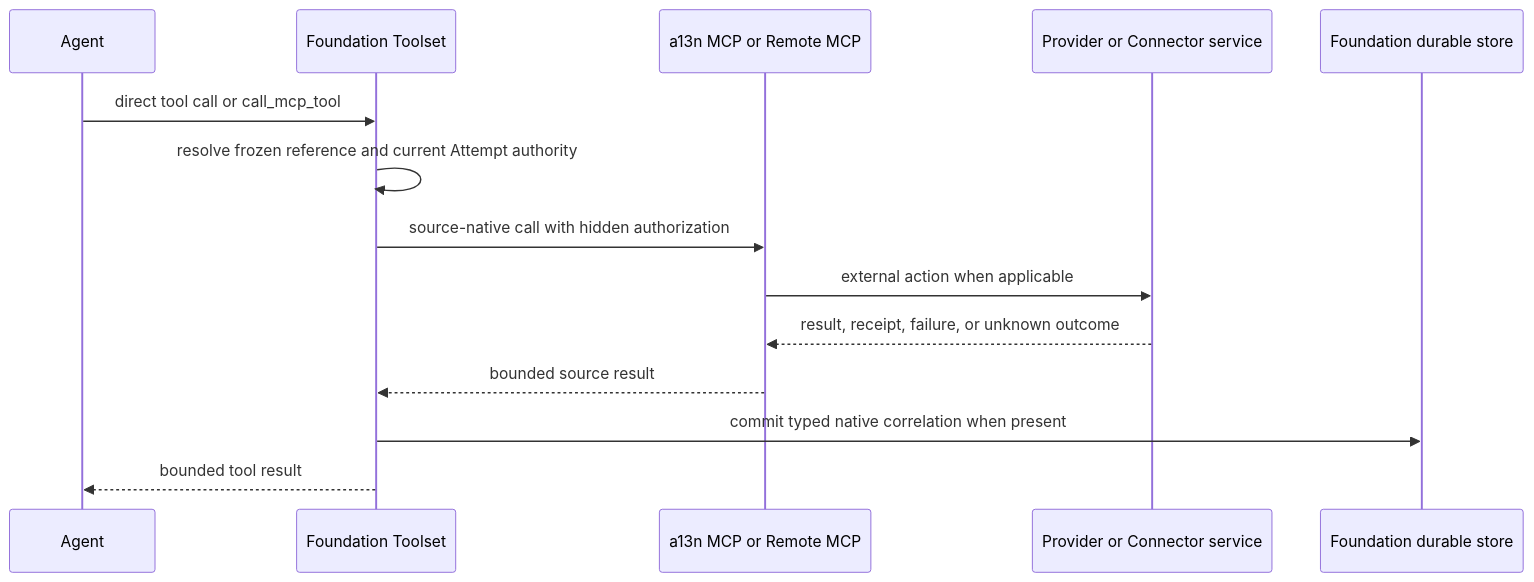
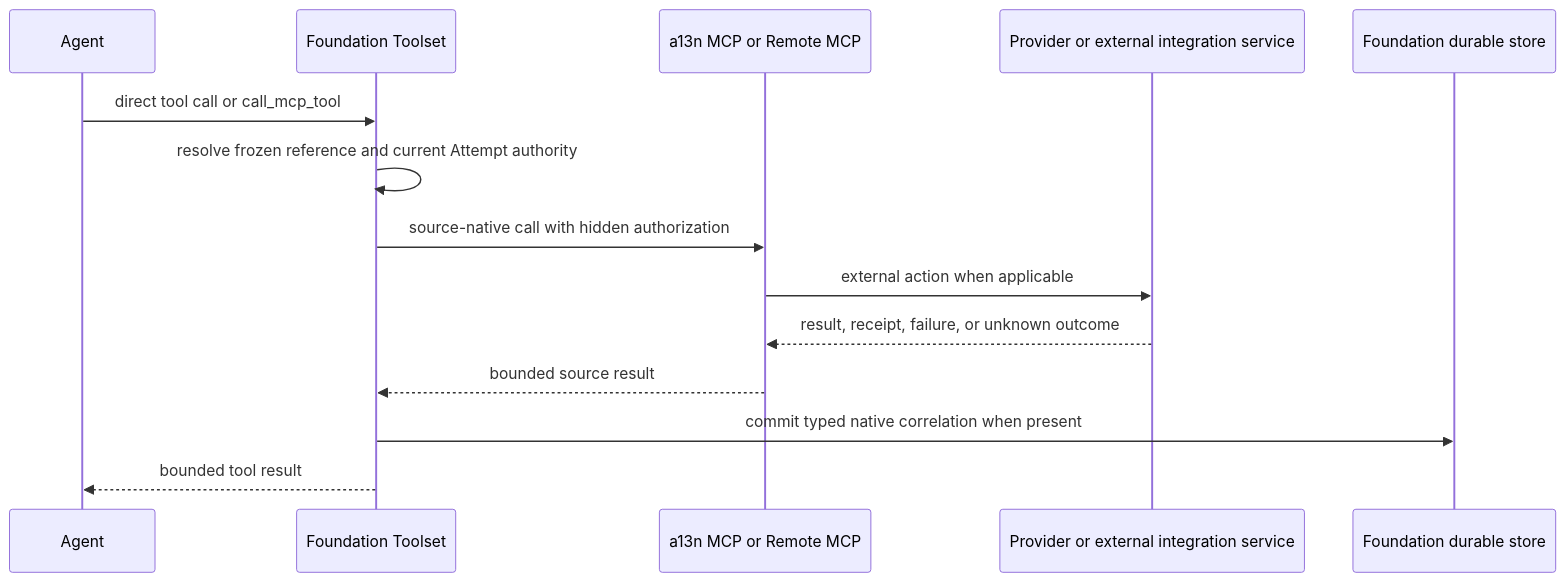
Before and after one commit to LTThreeComma/agent-foundation: the second of 2 diagrams in spec/foundation-service/40-connectivity/04-agent-facing-tools.md, drawn with Mermaid. The commit also changed other lines of this file and 22 other files, not shown here.

````diff
--- a/spec/foundation-service/40-connectivity/04-agent-facing-tools.md
+++ b/spec/foundation-service/40-connectivity/04-agent-facing-tools.md
@@ -132,17 +132,17 @@
 ```mermaid
 sequenceDiagram
     participant Agent
     participant Toolset as Foundation Toolset
     participant Source as a13n MCP or Remote MCP
-    participant External as Provider or Connector service
+    participant External as Provider or external integration service
     participant Store as Foundation durable store
 
     Agent->>Toolset: direct tool call or call_mcp_tool
     Toolset->>Toolset: resolve frozen reference and current Attempt authority
     Toolset->>Source: source-native call with hidden authorization
     Source->>External: external action when applicable
     External-->>Source: result, receipt, failure, or unknown outcome
     Source-->>Toolset: bounded source result
     Toolset->>Store: commit typed native correlation when present
     Toolset-->>Agent: bounded tool result
 ```
````
